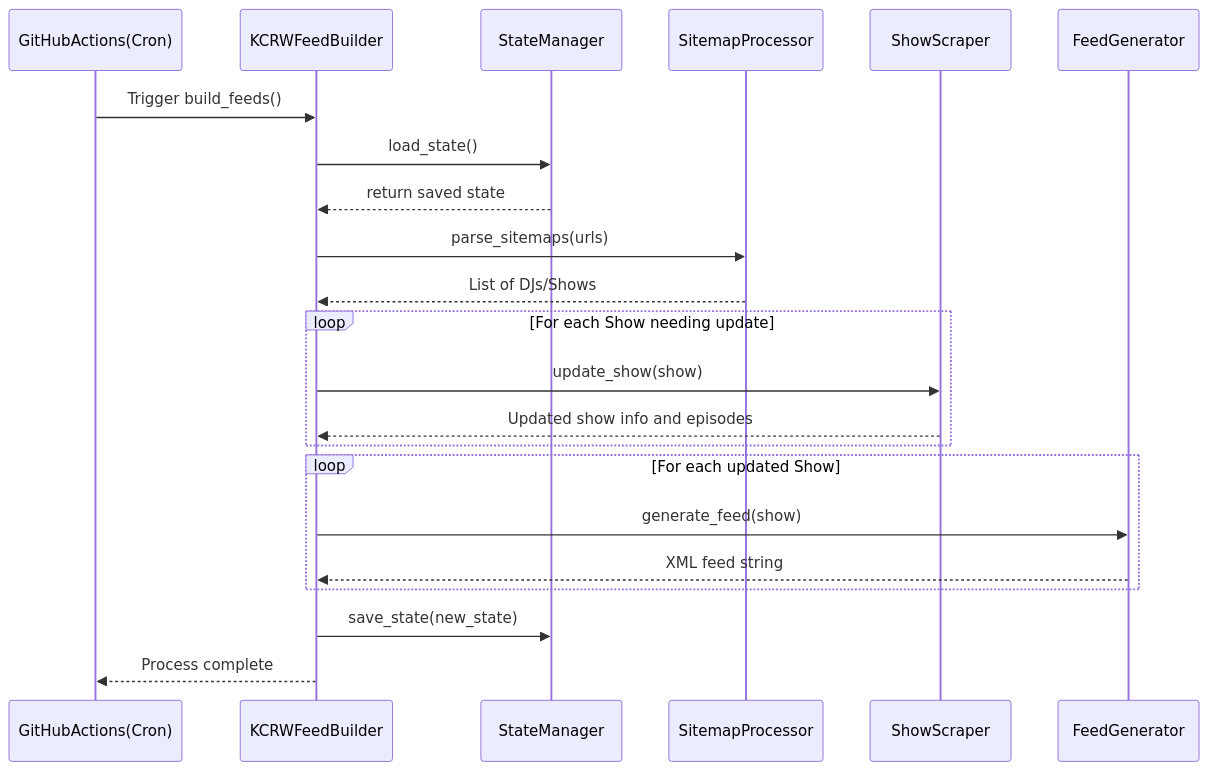
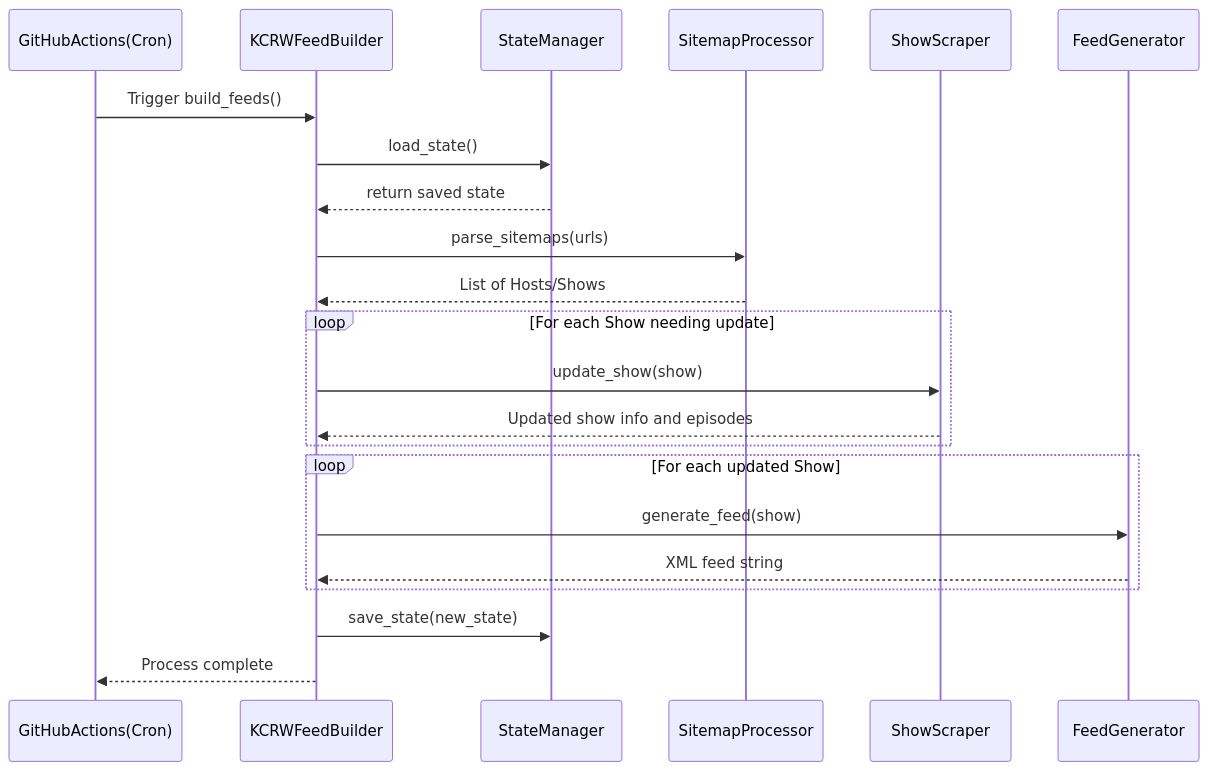
One commit to greenavenger/kcrw-feed changed the second of 2 diagrams in README.md. Above: the diagram before and after it, drawn with Mermaid. The commit also changed other lines of this file and 3 other files, not shown here.

````diff
--- a/README.md
+++ b/README.md
@@ -114,38 +114,38 @@
 ```mermaid
 sequenceDiagram
     participant Cron as GitHubActions(Cron)
     participant Builder as KCRWFeedBuilder
     participant State as StateManager
     participant Sitemap as SitemapProcessor
     participant Scraper as ShowScraper
     participant FeedGen as FeedGenerator
 
     %% Start the overall process
     Cron->>Builder: Trigger build_feeds()
     
     %% Load previously persisted state
     Builder->>State: load_state()
     State-->>Builder: return saved state
     
     %% Process the KCRW sitemap(s)
     Builder->>Sitemap: parse_sitemaps(urls)
-    Sitemap-->>Builder: List of DJs/Shows
+    Sitemap-->>Builder: List of Hosts/Shows
     
     %% Update shows that need updating
     loop For each Show needing update
         Builder->>Scraper: update_show(show)
         Scraper-->>Builder: Updated show info and episodes
     end
 
     %% Generate RSS/Atom feeds
     loop For each updated Show
         Builder->>FeedGen: generate_feed(show)
         FeedGen-->>Builder: XML feed string
     end
     
     %% Save new state back to repository
     Builder->>State: save_state(new_state)
     
     %% Complete process (commit files, etc.)
     Builder-->>Cron: Process complete
 ```
````
